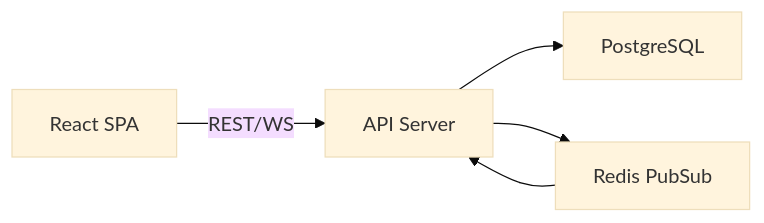
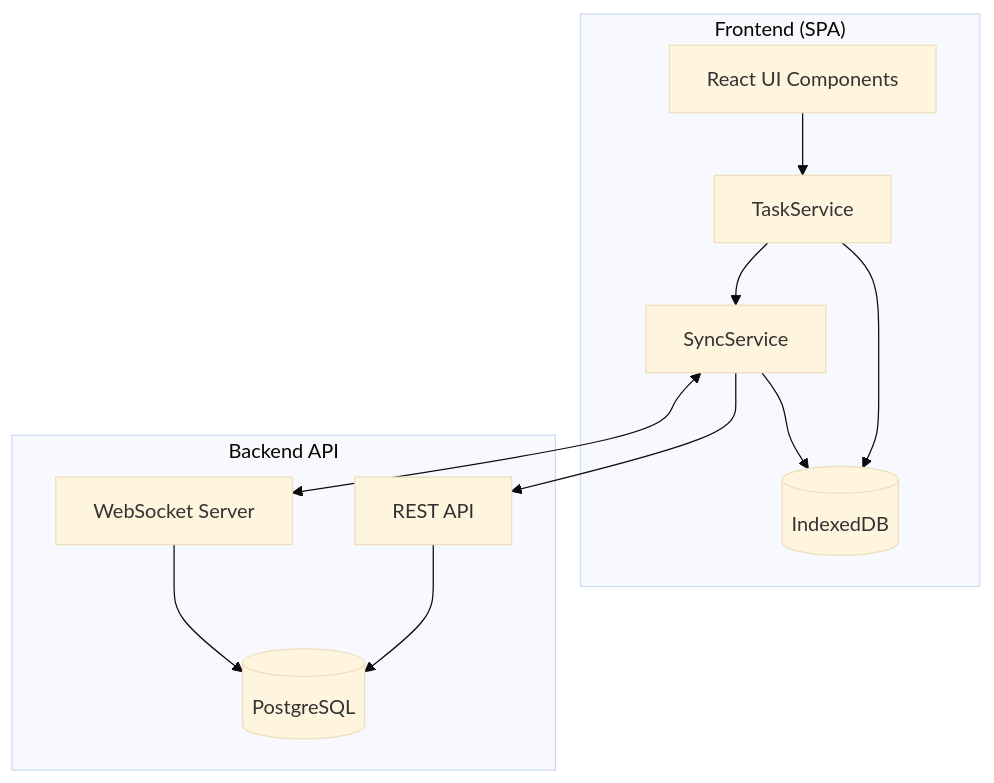
Before and after one commit to ainetx/hyperspot: the first of 2 diagrams in .cypilot/.gen/kits/sdlc/artifacts/DESIGN/examples/example.md, drawn with Mermaid (base theme). The commit also changed other lines of this file and 63 other files, not shown here.

````diff
--- a/.cypilot/.gen/kits/sdlc/artifacts/DESIGN/examples/example.md
+++ b/.cypilot/.gen/kits/sdlc/artifacts/DESIGN/examples/example.md
@@ -88,7 +96,24 @@
 ```mermaid
-graph LR
-    A[React SPA] -->|REST/WS| B[API Server]
-    B --> C[PostgreSQL]
-    B --> D[Redis PubSub]
-    D --> B
+graph TD
+    subgraph Frontend["Frontend (SPA)"]
+        UI[React UI Components]
+        TS[TaskService]
+        SS[SyncService]
+        IDB[(IndexedDB)]
+    end
+
+    subgraph Backend["Backend API"]
+        API[REST API]
+        WS[WebSocket Server]
+        DB[(PostgreSQL)]
+    end
+
+    UI --> TS
+    TS --> IDB
+    TS --> SS
+    SS --> IDB
+    SS <--> WS
+    SS --> API
+    API --> DB
+    WS --> DB
 ```
````
